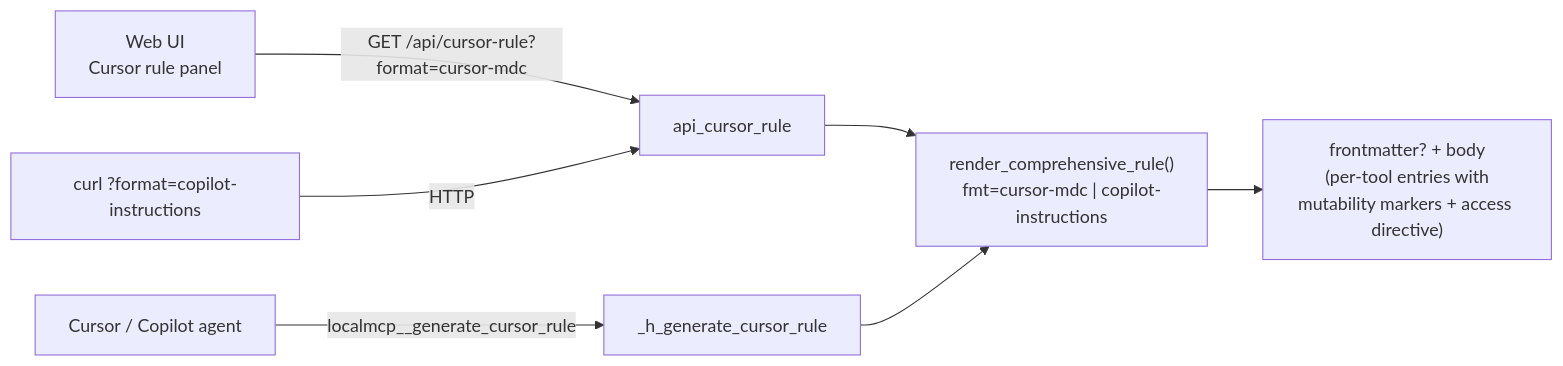
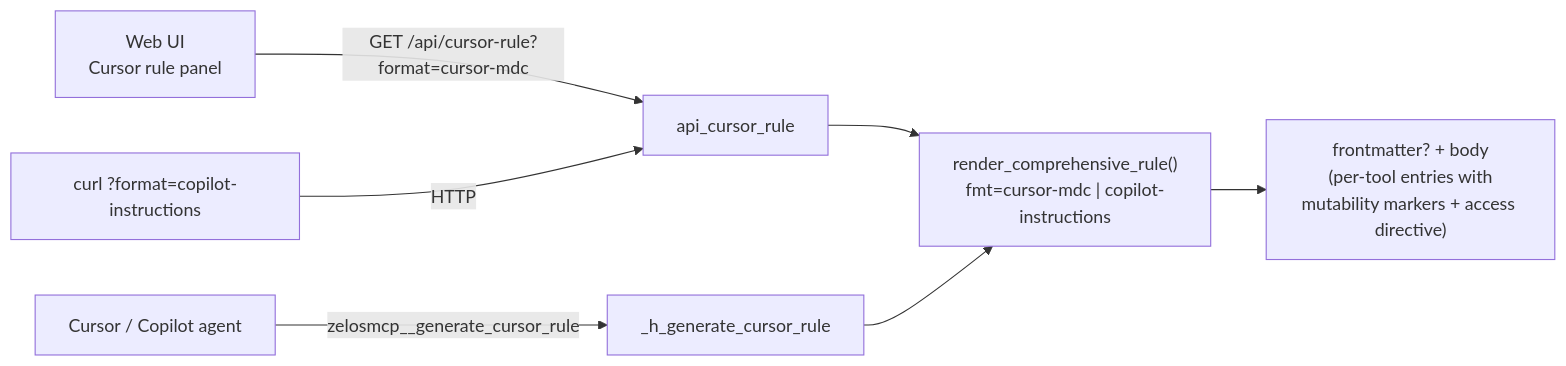
The sixth of 6 diagrams in docs/architecture.md (kmechlin/zelosmcp), drawn with Mermaid before and after one commit. The commit also changed other lines of this file and 52 other files, not shown here.

````diff
--- a/docs/architecture.md
+++ b/docs/architecture.md
@@ -173,11 +173,11 @@
 ```mermaid
 flowchart LR
   ui["Web UI\nCursor rule panel"] -->|"GET /api/cursor-rule?format=cursor-mdc"| api
   curl["curl ?format=copilot-instructions"] -->|"HTTP"| api
-  agent["Cursor / Copilot agent"] -->|"localmcp__generate_cursor_rule"| mcp
+  agent["Cursor / Copilot agent"] -->|"zelosmcp__generate_cursor_rule"| mcp
   api[api_cursor_rule]
   mcp[_h_generate_cursor_rule]
   api --> renderer["render_comprehensive_rule()\nfmt=cursor-mdc | copilot-instructions"]
   mcp --> renderer
   renderer --> body["frontmatter? + body\n(per-tool entries with\nmutability markers + access directive)"]
 ```
````
